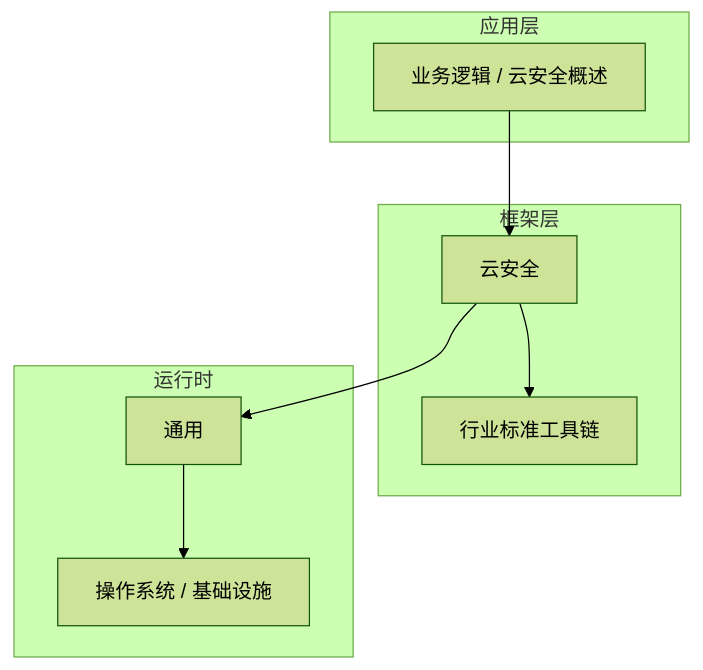
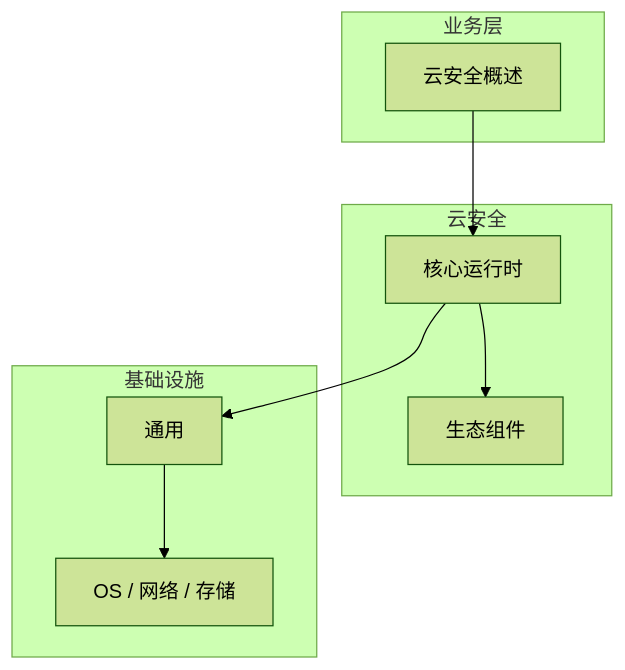
The diagram in articles/云安全/chapters/001-云安全概述核心概念与原理.md (yanggan2015/knowledge-json-v2), drawn with Mermaid (forest theme) before and after one commit. The commit also changed other lines of this file and 10127 other files, not shown here.

````diff
--- a/articles/云安全/chapters/001-云安全概述核心概念与原理.md
+++ b/articles/云安全/chapters/001-云安全概述核心概念与原理.md
@@ -46,18 +31,18 @@
 ```mermaid
 graph TB
-    subgraph 应用层
-        A[业务逻辑 / 云安全概述]
+    subgraph 业务层
+        A[云安全概述]
     end
-    subgraph 框架层
-        B[云安全]
-        C[行业标准工具链]
+    subgraph 云安全
+        B[核心运行时]
+        C[生态组件]
     end
-    subgraph 运行时
+    subgraph 基础设施
         D[通用]
-        E[操作系统 / 基础设施]
+        E[OS / 网络 / 存储]
     end
     A --> B
     B --> C
     B --> D
     D --> E
 ```
````
